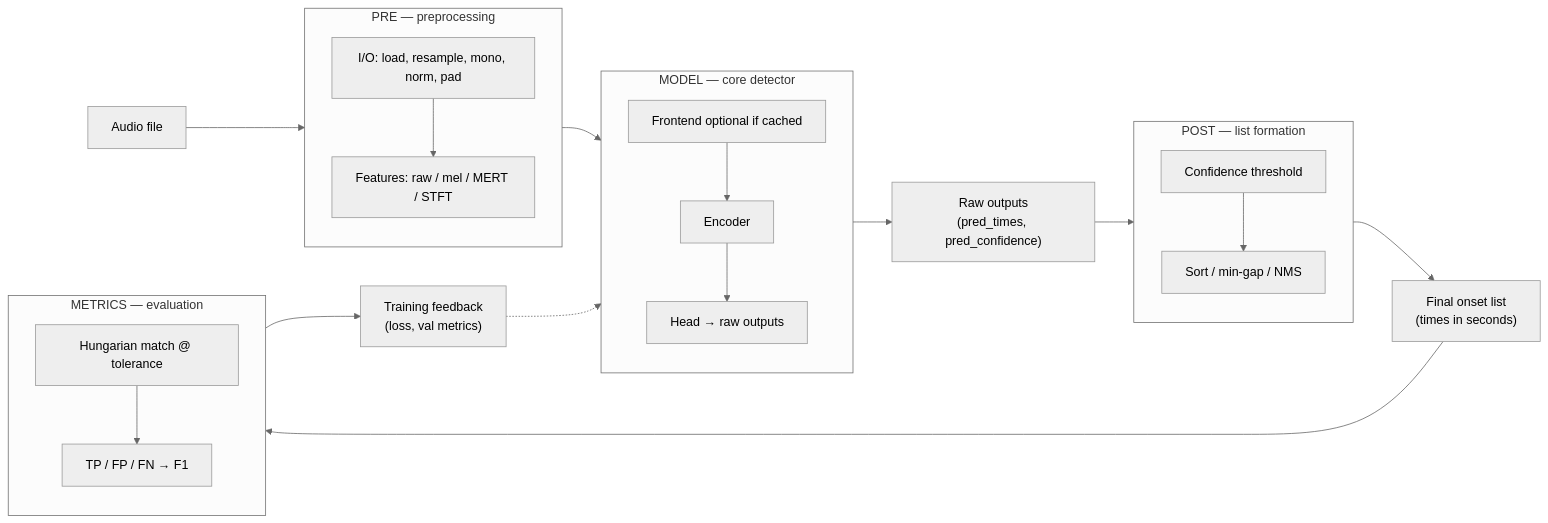
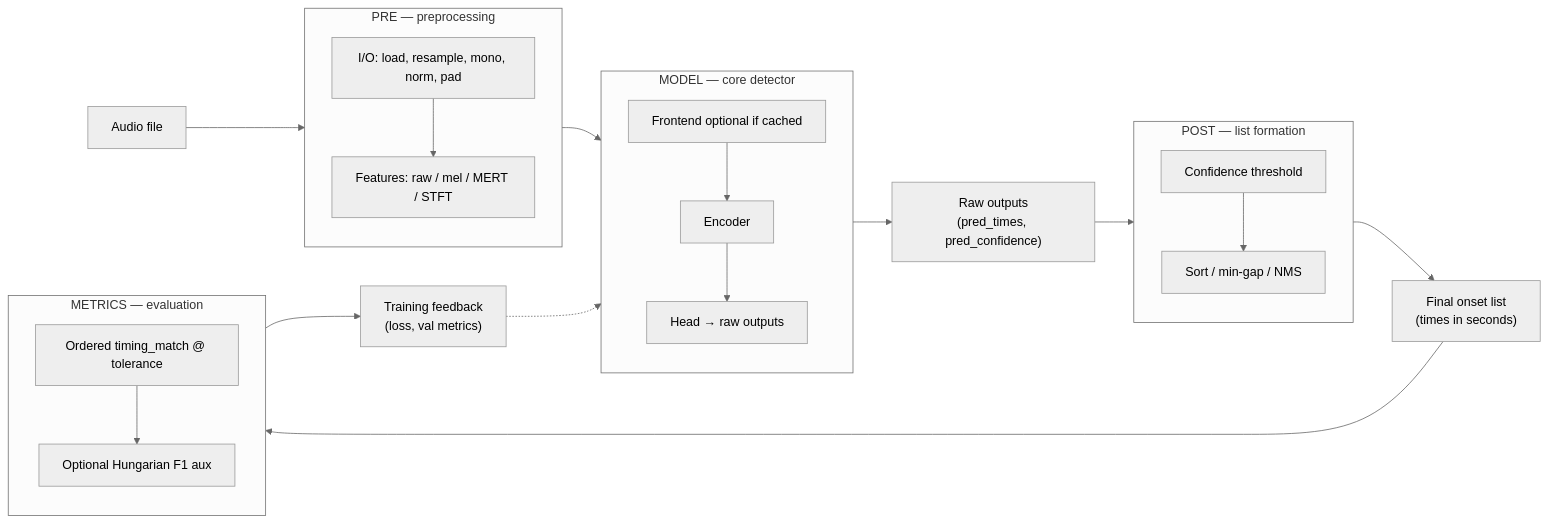
One commit to cpuguy96/StepCOVNet changed the diagram in docs/research/PIPELINE_ARCHITECTURE.md. Above: the diagram before and after it, drawn with Mermaid (neutral theme). The commit also changed other lines of this file and 6 other files, not shown here.

First line of the commit message:
Document onset timing_match metrics and cross-link from research index.

````diff
--- a/docs/research/PIPELINE_ARCHITECTURE.md
+++ b/docs/research/PIPELINE_ARCHITECTURE.md
@@ -13,32 +13,32 @@
 ```mermaid
 flowchart LR
   A[Audio file] --> PRE
   subgraph PRE["PRE — preprocessing"]
     P1[I/O: load, resample, mono, norm, pad]
     P2[Features: raw / mel / MERT / STFT]
     P1 --> P2
   end
   PRE --> MODEL
   subgraph MODEL["MODEL — core detector"]
     M1[Frontend optional if cached]
     M2[Encoder]
     M3[Head → raw outputs]
     M1 --> M2 --> M3
   end
   MODEL --> RAW["Raw outputs\n(pred_times, pred_confidence)"]
   RAW --> POST
   subgraph POST["POST — list formation"]
     S1[Confidence threshold]
     S2[Sort / min-gap / NMS]
     S1 --> S2
   end
   POST --> LIST["Final onset list\n(times in seconds)"]
   LIST --> METRICS
   subgraph METRICS["METRICS — evaluation"]
-    E1[Hungarian match @ tolerance]
-    E2[TP / FP / FN → F1]
+    E1[Ordered timing_match @ tolerance]
+    E2[Optional Hungarian F1 aux]
     E1 --> E2
   end
   METRICS --> FEEDBACK["Training feedback\n(loss, val metrics)"]
   FEEDBACK -.-> MODEL
 ```
````
